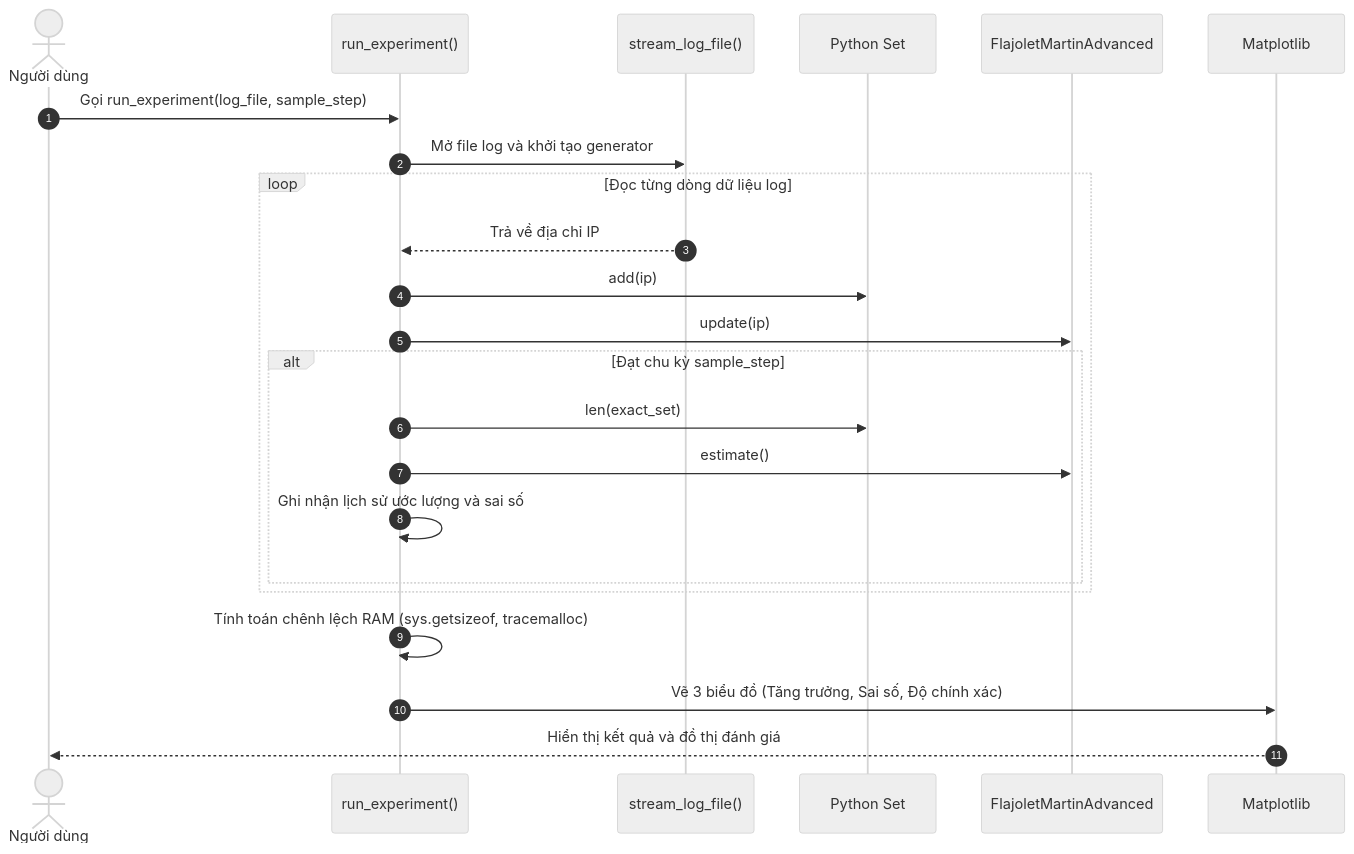
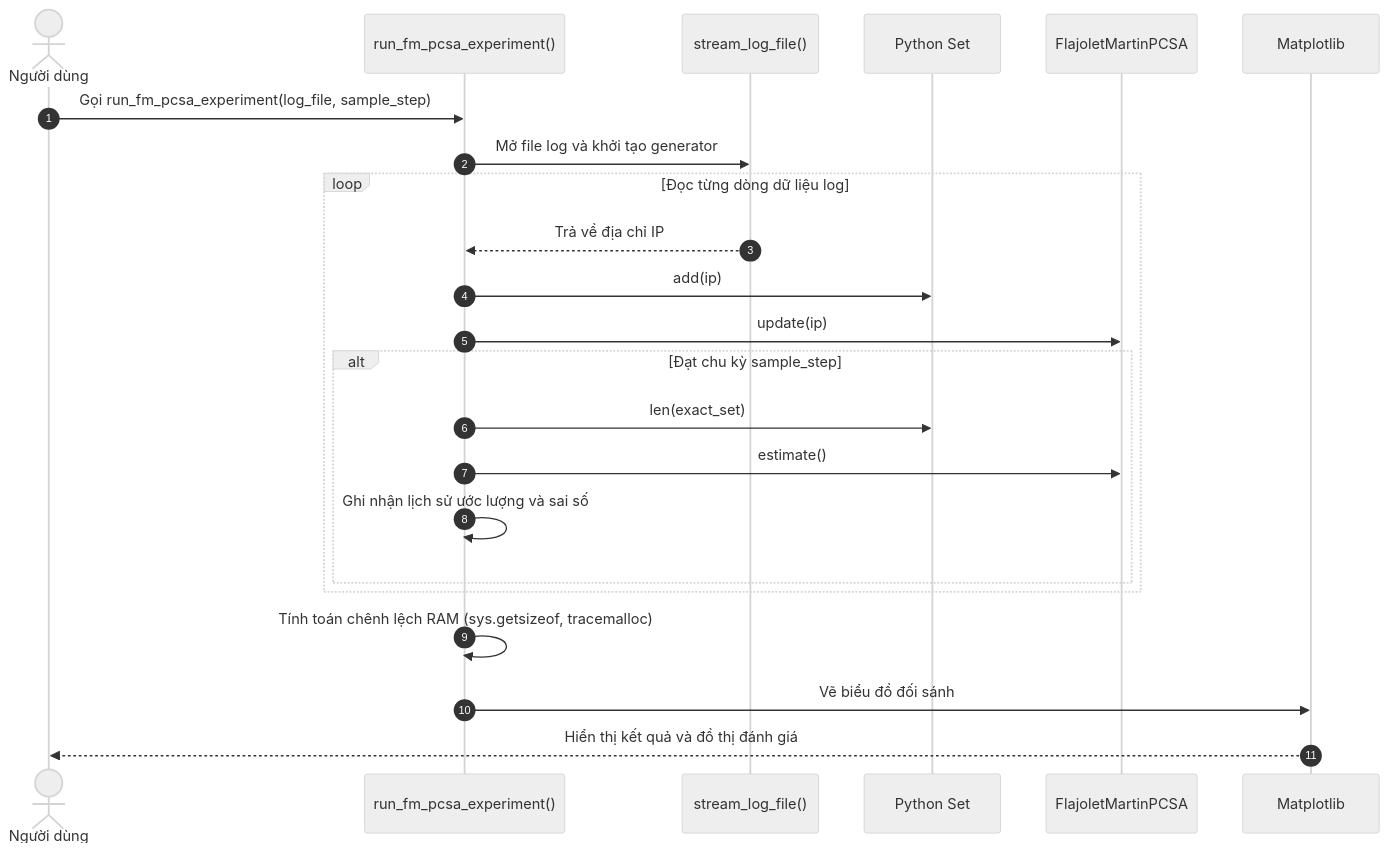
The second of 3 diagrams in docs/architecture.md (CodeingOver/ProjectXuLyDuLieuLon), drawn with Mermaid (neutral theme) before and after one commit. The commit also changed other lines of this file and 5 other files, not shown here.

Commit message:
refactor: restructure FM notebooks and add architecture and changelog documentation

````diff
--- a/docs/architecture.md
+++ b/docs/architecture.md
@@ -121,26 +118,26 @@
 ```mermaid
 sequenceDiagram
     autonumber
     actor User as Người dùng
-    participant Runner as run_experiment()
+    participant Runner as run_fm_pcsa_experiment()
     participant Stream as stream_log_file()
     participant Exact as Python Set
-    participant FMAdv as FlajoletMartinAdvanced
+    participant FMPCSA as FlajoletMartinPCSA
     participant Plot as Matplotlib
 
-    User->>Runner: Gọi run_experiment(log_file, sample_step)
+    User->>Runner: Gọi run_fm_pcsa_experiment(log_file, sample_step)
     Runner->>Stream: Mở file log và khởi tạo generator
     loop Đọc từng dòng dữ liệu log
         Stream-->>Runner: Trả về địa chỉ IP
         Runner->>Exact: add(ip)
-        Runner->>FMAdv: update(ip)
+        Runner->>FMPCSA: update(ip)
         alt Đạt chu kỳ sample_step
             Runner->>Exact: len(exact_set)
-            Runner->>FMAdv: estimate()
+            Runner->>FMPCSA: estimate()
             Runner->>Runner: Ghi nhận lịch sử ước lượng và sai số
         end
     end
     Runner->>Runner: Tính toán chênh lệch RAM (sys.getsizeof, tracemalloc)
-    Runner->>Plot: Vẽ 3 biểu đồ (Tăng trưởng, Sai số, Độ chính xác)
+    Runner->>Plot: Vẽ biểu đồ đối sánh
     Plot-->>User: Hiển thị kết quả và đồ thị đánh giá
 ```
````
